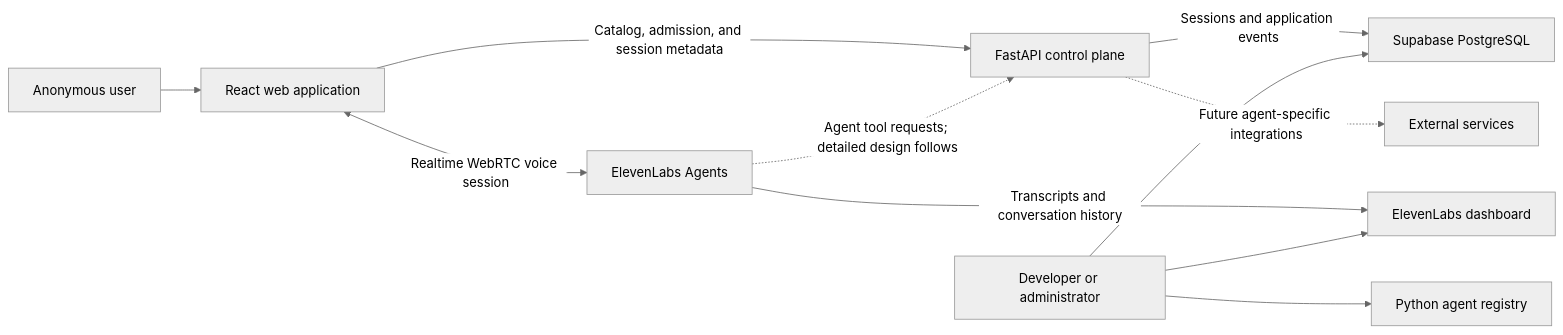
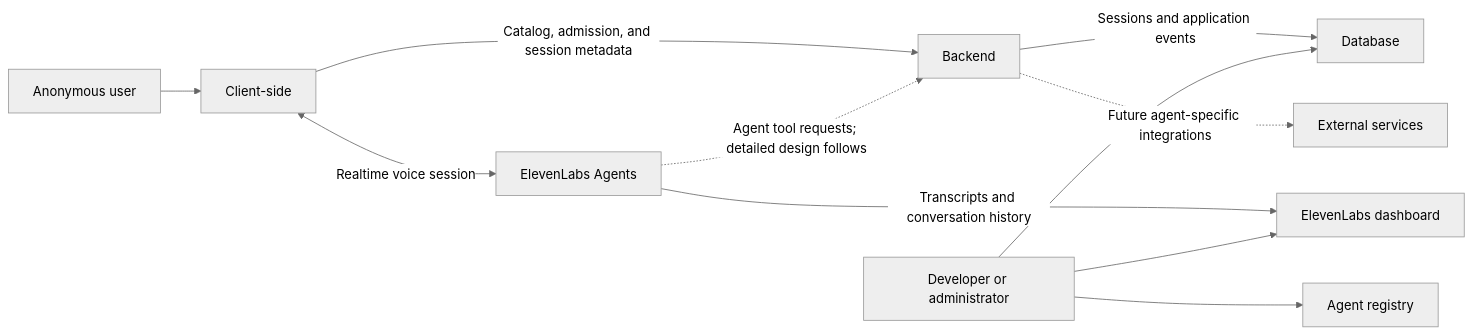
Before and after one commit to yahyabedirhan/voice-agent: the first of 2 diagrams in docs/architecture/v1-platform-foundation.md, drawn with Mermaid (neutral theme). The commit also changed other lines of this file and 5 other files, not shown here.

````diff
--- a/docs/architecture/v1-platform-foundation.md
+++ b/docs/architecture/v1-platform-foundation.md
@@ -13,17 +13,17 @@
 ```mermaid
 flowchart LR
-    U["Anonymous user"] --> R["React web application"]
+    U["Anonymous user"] --> C["Client-side"]
 
-    R -->|"Catalog, admission, and session metadata"| F["FastAPI control plane"]
-    R <-->|"Realtime WebRTC voice session"| E["ElevenLabs Agents"]
+    C -->|"Catalog, admission, and session metadata"| B["Backend"]
+    C <-->|"Realtime voice session"| E["ElevenLabs Agents"]
 
-    F -->|"Sessions and application events"| S["Supabase PostgreSQL"]
+    B -->|"Sessions and application events"| DB["Database"]
     E -->|"Transcripts and conversation history"| D["ElevenLabs dashboard"]
 
-    E -.->|"Agent tool requests; detailed design follows"| F
-    F -.->|"Future agent-specific integrations"| X["External services"]
+    E -.->|"Agent tool requests; detailed design follows"| B
+    B -.->|"Future agent-specific integrations"| X["External services"]
 
-    A["Developer or administrator"] --> C["Python agent registry"]
+    A["Developer or administrator"] --> G["Agent registry"]
     A --> D
-    A --> S
+    A --> DB
 ```
````
